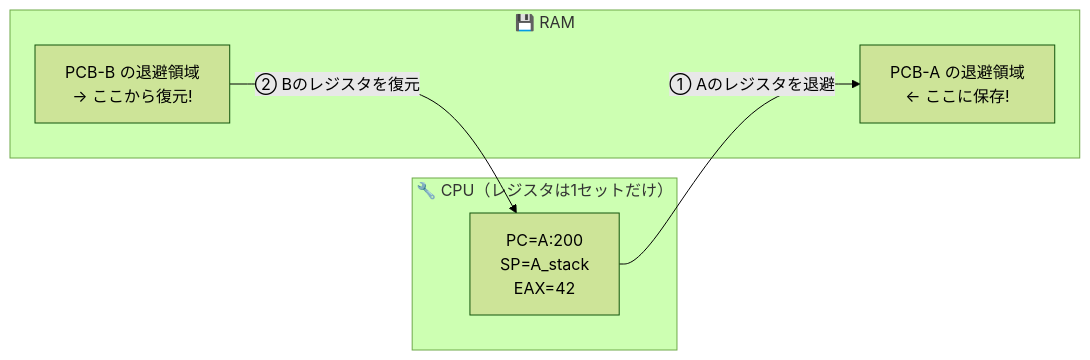
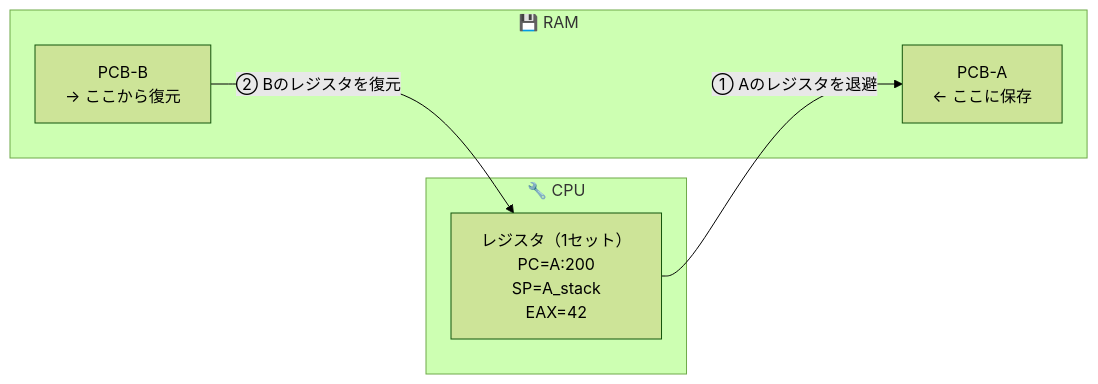
One commit to tonton-k37/study-notes changed the sixth of 7 diagrams in three-easy-pieces-note/06.md. Above: the diagram before and after it, drawn with Mermaid (forest theme). The commit also changed other lines of this file and 33 other files, not shown here.

````diff
--- a/three-easy-pieces-note/06.md
+++ b/three-easy-pieces-note/06.md
@@ -250,14 +253,14 @@
 ```mermaid
 graph LR
-    subgraph CPU["🔧 CPU（レジスタは1セットだけ）"]
-        R["PC=A:200<br/>SP=A_stack<br/>EAX=42"]
+    subgraph CPU["🔧 CPU"]
+        R["レジスタ（1セット）<br/>PC=A:200<br/>SP=A_stack<br/>EAX=42"]
     end
 
     subgraph MEM["💾 RAM"]
-        PCB1["PCB-A の退避領域<br/>← ここに保存!"]
-        PCB2["PCB-B の退避領域<br/>→ ここから復元!"]
+        PCB1["PCB-A<br/>← ここに保存"]
+        PCB2["PCB-B<br/>→ ここから復元"]
     end
 
     R -->|"① Aのレジスタを退避"| PCB1
     PCB2 -->|"② Bのレジスタを復元"| R
 ```
````
